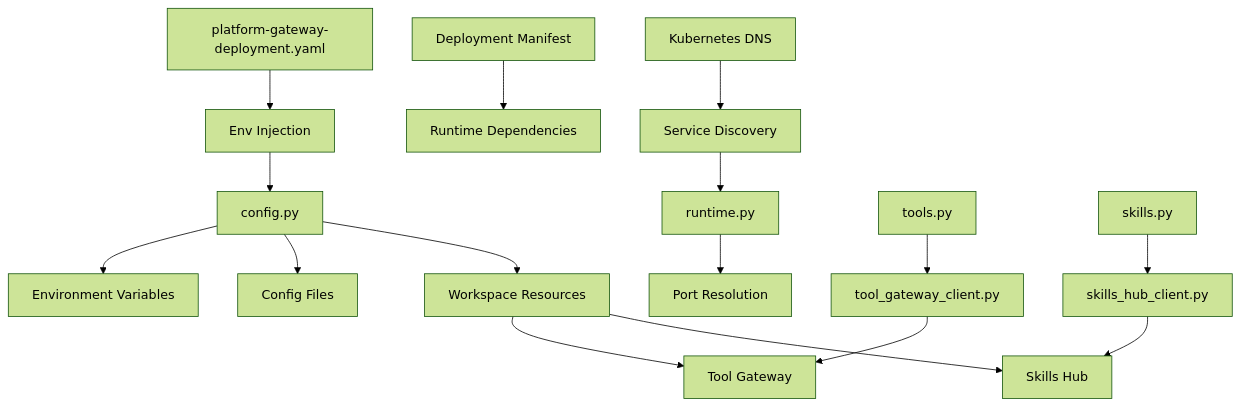
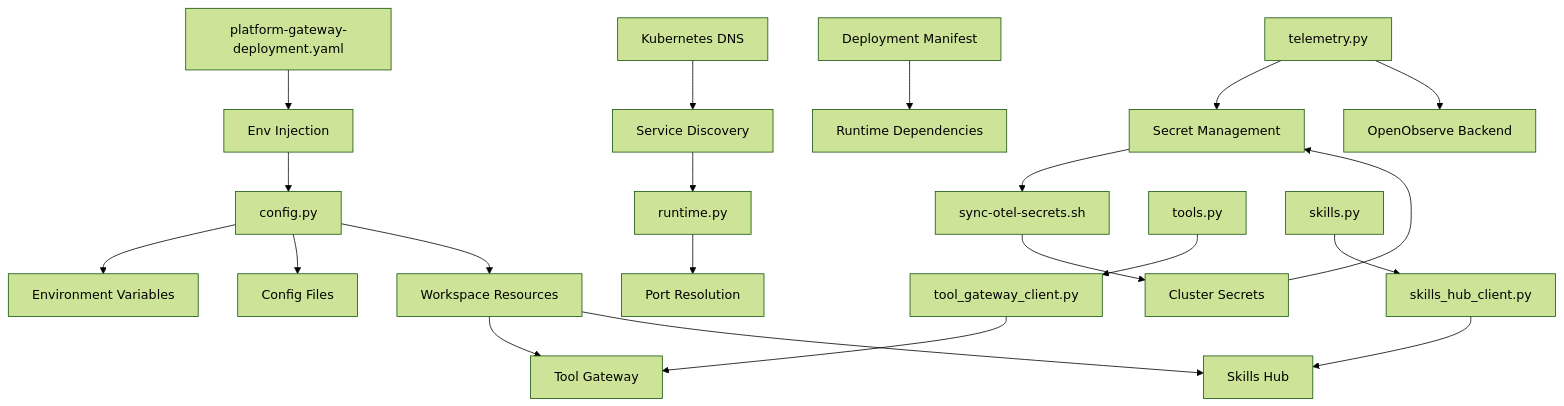
Before and after one commit to metasync/luban-aiops: the ninth of 9 diagrams in .qoder/repowiki/en/content/Tool Gateway Service/Configuration and Environment Setup.md, drawn with Mermaid (forest theme). The commit also changed other lines of this file and 4 other files, not shown here.

````diff
--- a/.qoder/repowiki/en/content/Tool Gateway Service/Configuration and Environment Setup.md
+++ b/.qoder/repowiki/en/content/Tool Gateway Service/Configuration and Environment Setup.md
@@ -347,18 +461,23 @@
 ```mermaid
 graph TB
 CFG["config.py"] --> ENV["Environment Variables"]
 CFG --> FILE["Config Files"]
 RT["runtime.py"] --> PORT["Port Resolution"]
+TELEMETRY["telemetry.py"] --> SECRETS["Secret Management"]
+SECRETS --> SYNC["sync-otel-secrets.sh"]
+SYNC --> CLUSTER["Cluster Secrets"]
+CLUSTER --> SECRETS
 DNS["Kubernetes DNS"] --> SVC["Service Discovery"]
 DOCKER["Deployment Manifest"] --> RUNTIME["Runtime Dependencies"]
 K8S["platform-gateway-deployment.yaml"] --> INJECT["Env Injection"]
 INJECT --> CFG
 SVC --> RT
 WS["Workspace Resources"] --> TOOLS["Tool Gateway"]
 WS --> SKILLS["Skills Hub"]
 CFG --> WS
 Tools["tools.py"] --> ToolsClient["tool_gateway_client.py"]
 Skills["skills.py"] --> SkillsClient["skills_hub_client.py"]
 ToolsClient --> TOOLS
 SkillsClient --> SKILLS
+TELEMETRY --> BACKEND["OpenObserve Backend"]
 ```
````
